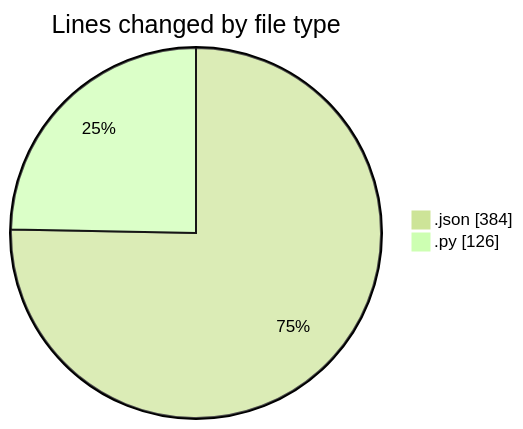
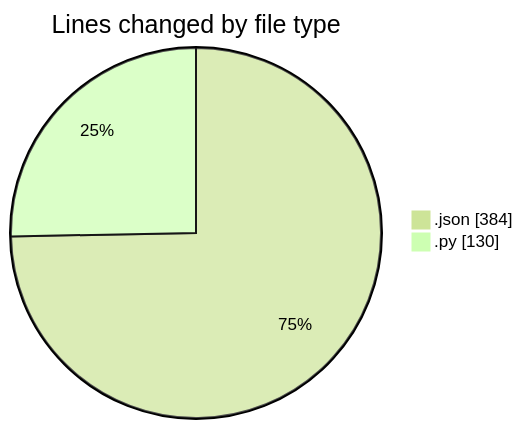
The first of 2 diagrams in 2026-01-02/dsa/README.md (Ritupan-Deka/code-tracking), drawn with Mermaid (forest theme) before and after one commit. The commit also changed other lines of this file and 1 other file, not shown here.

````diff
--- a/2026-01-02/dsa/README.md
+++ b/2026-01-02/dsa/README.md
@@ -22,6 +22,6 @@
 ```mermaid
 pie showData
 title Lines changed by file type
 ".json" : 384
-".py" : 126
+".py" : 130
 ```
````
